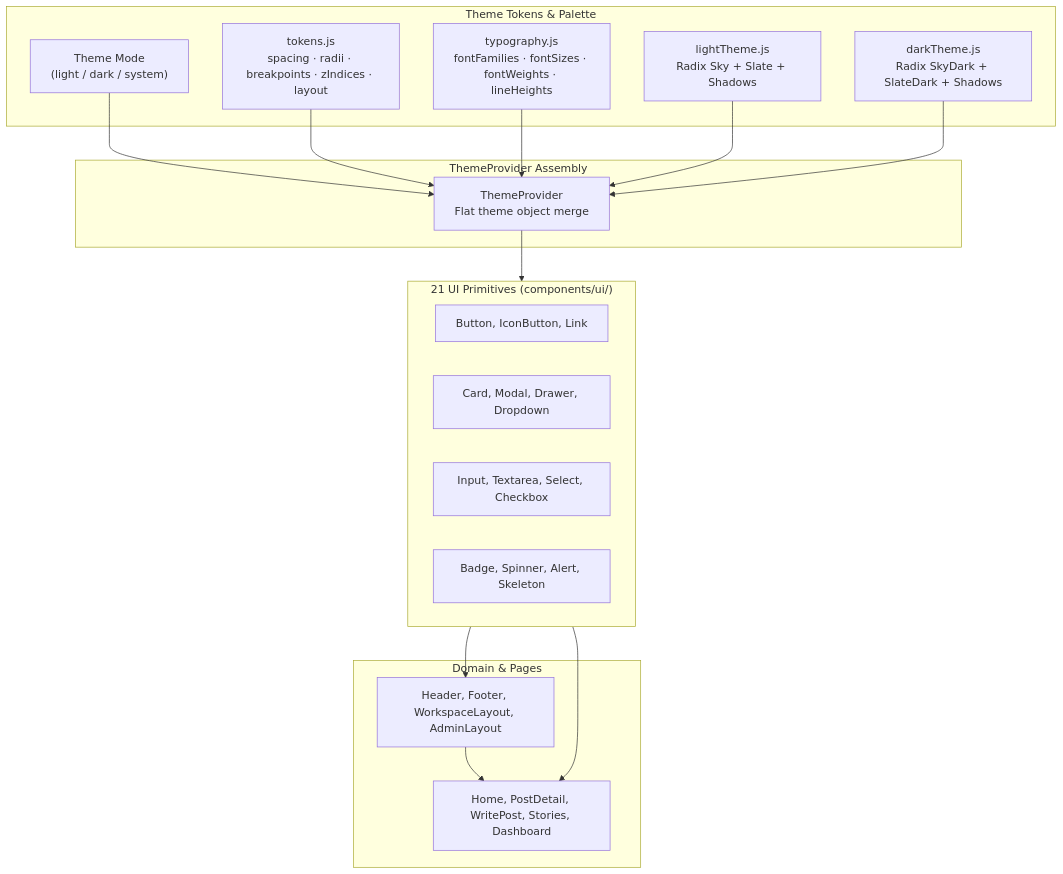
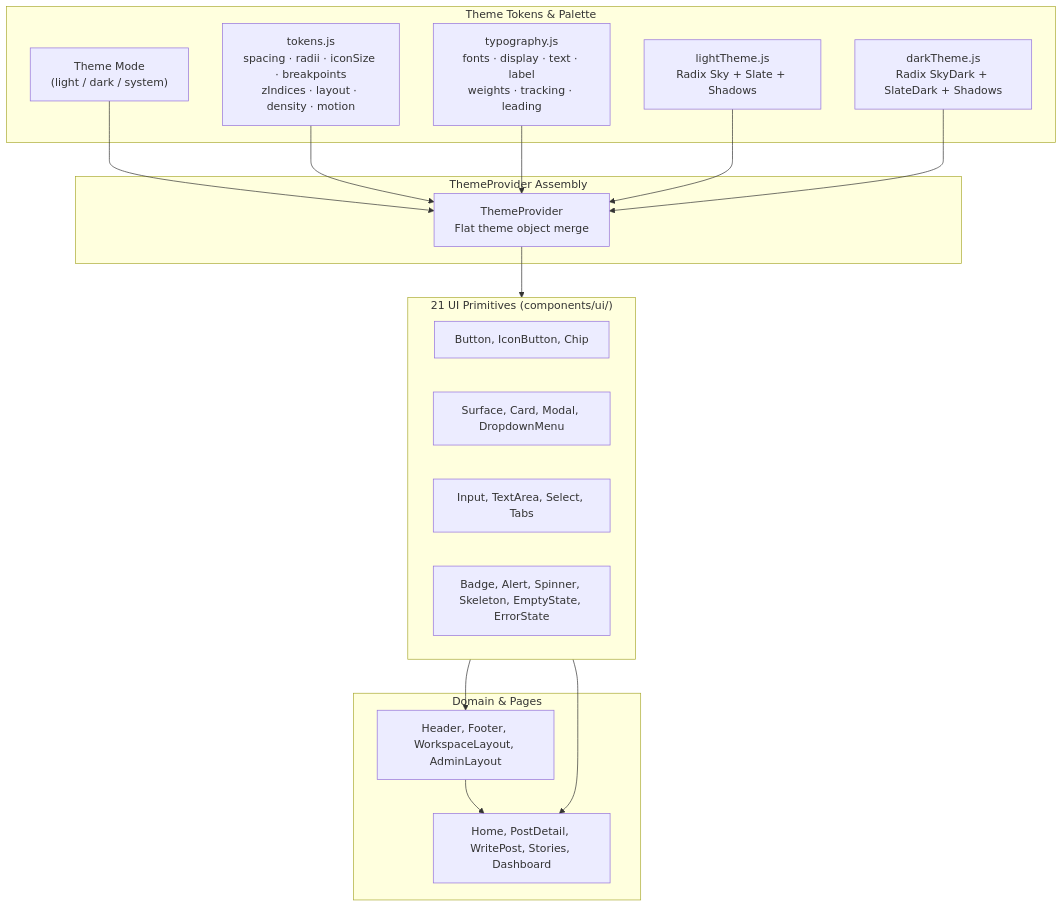
The diagram in docs/reference/design-system.md (Purvesh-PJ/bloghub), drawn with Mermaid before and after one commit. The commit also changed other lines of this file and 24 other files, not shown here.

````diff
--- a/docs/reference/design-system.md
+++ b/docs/reference/design-system.md
@@ -37,37 +37,37 @@
 ```mermaid
 graph TD
     subgraph Tokens["Theme Tokens & Palette"]
         Mode["Theme Mode\n(light / dark / system)"]
-        TokensBase["tokens.js\nspacing · radii · breakpoints · zIndices · layout"]
-        Type["typography.js\nfontFamilies · fontSizes · fontWeights · lineHeights"]
+        TokensBase["tokens.js\nspacing · radii · iconSize · breakpoints\nzIndices · layout · density · motion"]
+        Type["typography.js\nfonts · display · text · label\nweights · tracking · leading"]
         Light["lightTheme.js\nRadix Sky + Slate + Shadows"]
         Dark["darkTheme.js\nRadix SkyDark + SlateDark + Shadows"]
     end
 
     subgraph Assembly["ThemeProvider Assembly"]
         Provider["ThemeProvider\nFlat theme object merge"]
     end
 
     subgraph Primitives["21 UI Primitives (components/ui/)"]
-        Buttons["Button, IconButton, Link"]
-        Surfaces["Card, Modal, Drawer, Dropdown"]
-        Inputs["Input, Textarea, Select, Checkbox"]
-        Feedback["Badge, Spinner, Alert, Skeleton"]
+        Buttons["Button, IconButton, Chip"]
+        Surfaces["Surface, Card, Modal, DropdownMenu"]
+        Inputs["Input, TextArea, Select, Tabs"]
+        Feedback["Badge, Alert, Spinner, Skeleton, EmptyState, ErrorState"]
     end
 
     subgraph LayoutAndPages["Domain & Pages"]
         Layouts["Header, Footer, WorkspaceLayout, AdminLayout"]
         PagesComp["Home, PostDetail, WritePost, Stories, Dashboard"]
     end
 
     Mode --> Provider
     TokensBase --> Provider
     Type --> Provider
     Light --> Provider
     Dark --> Provider
 
     Provider --> Primitives
     Primitives --> Layouts
     Primitives --> PagesComp
     Layouts --> PagesComp
 ```
````
